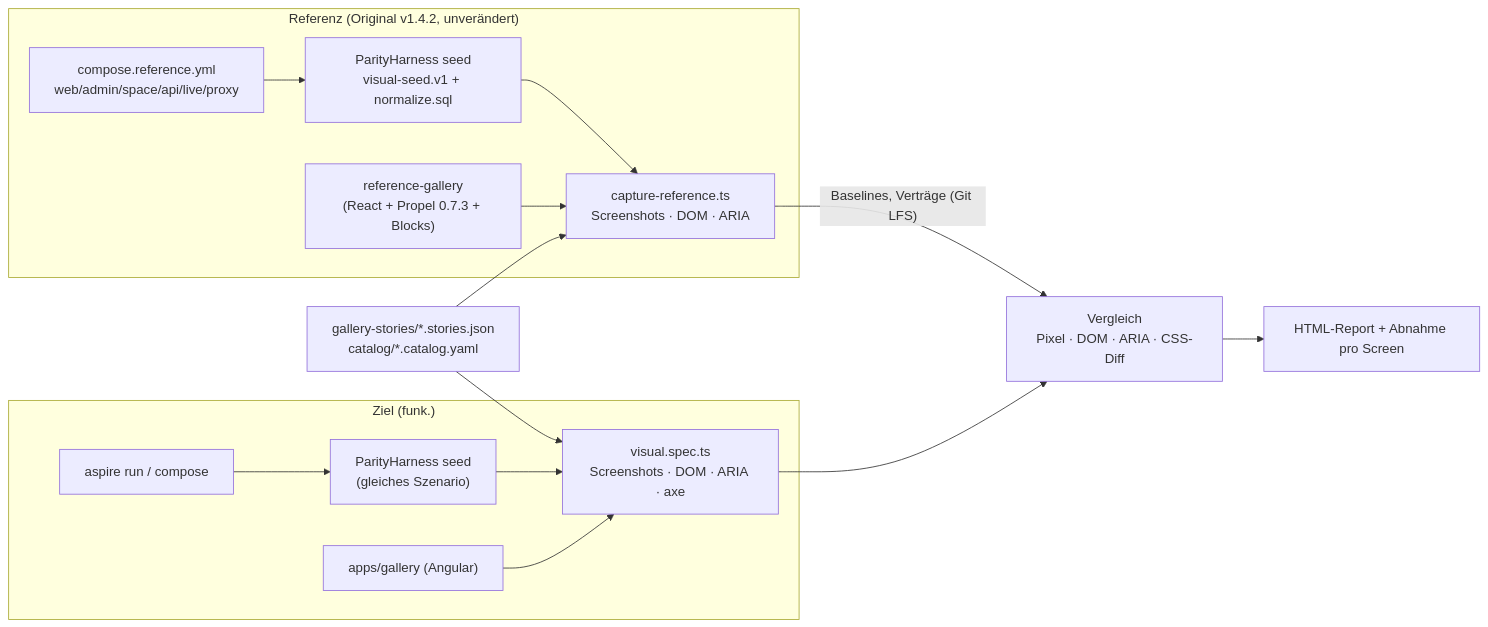
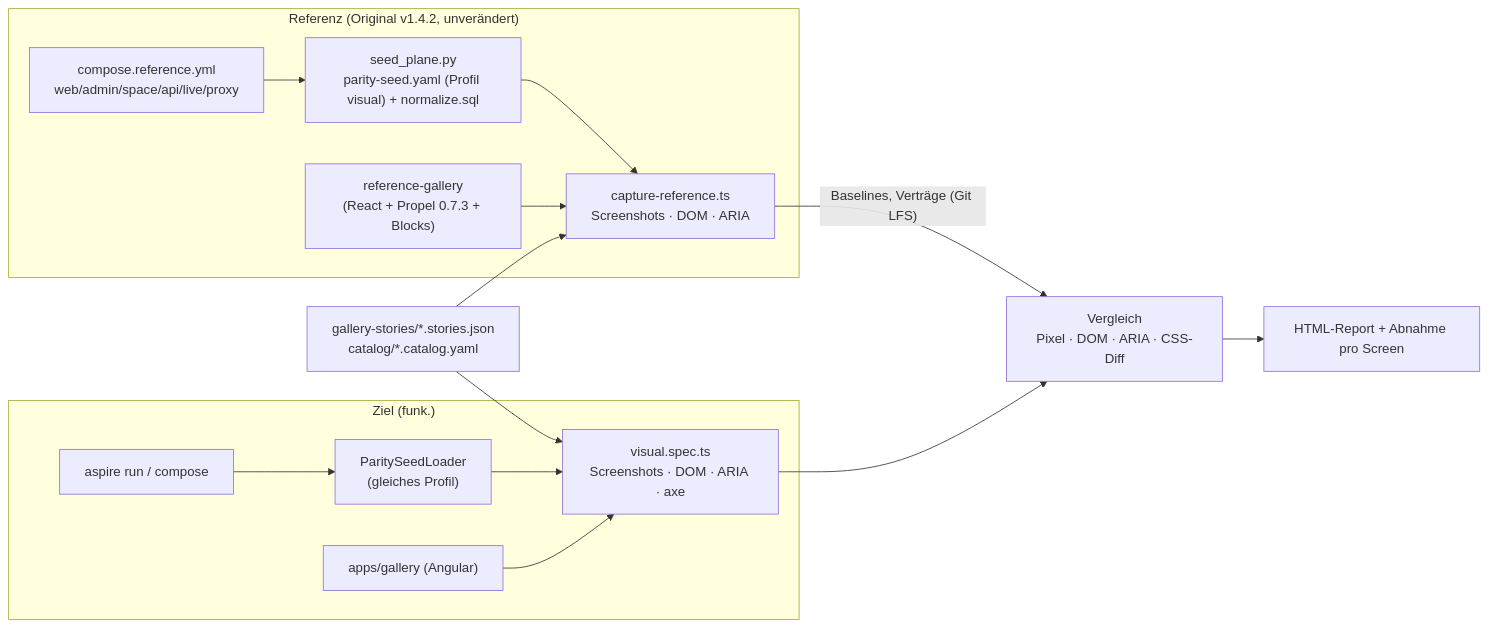
The diagram in migration/architecture/09-ui-paritaet-designsystem.md (mlwr/plane), drawn with Mermaid before and after one commit. The commit also changed other lines of this file and 11 other files, not shown here.

````diff
--- a/migration/architecture/09-ui-paritaet-designsystem.md
+++ b/migration/architecture/09-ui-paritaet-designsystem.md
@@ -470,18 +515,18 @@
 ```mermaid
 flowchart LR
   subgraph REF["Referenz (Original v1.4.2, unverändert)"]
-    O1["compose.reference.yml<br/>web/admin/space/api/live/proxy"] --> O2["ParityHarness seed<br/>visual-seed.v1 + normalize.sql"]
+    O1["compose.reference.yml<br/>web/admin/space/api/live/proxy"] --> O2["seed_plane.py<br/>parity-seed.yaml (Profil visual) + normalize.sql"]
     O2 --> O3["capture-reference.ts<br/>Screenshots · DOM · ARIA"]
     G1["reference-gallery<br/>(React + Propel 0.7.3 + Blocks)"] --> O3
   end
   subgraph TGT["Ziel (funk.)"]
-    T1["aspire run / compose"] --> T2["ParityHarness seed<br/>(gleiches Szenario)"]
+    T1["aspire run / compose"] --> T2["ParitySeedLoader<br/>(gleiches Profil)"]
     T2 --> T3["visual.spec.ts<br/>Screenshots · DOM · ARIA · axe"]
     G2["apps/gallery (Angular)"] --> T3
   end
   S["gallery-stories/*.stories.json<br/>catalog/*.catalog.yaml"] --> O3
   S --> T3
   O3 -->|"Baselines, Verträge (Git LFS)"| C["Vergleich<br/>Pixel · DOM · ARIA · CSS-Diff"]
   T3 --> C
   C --> R["HTML-Report + Abnahme pro Screen"]
 ```
````
